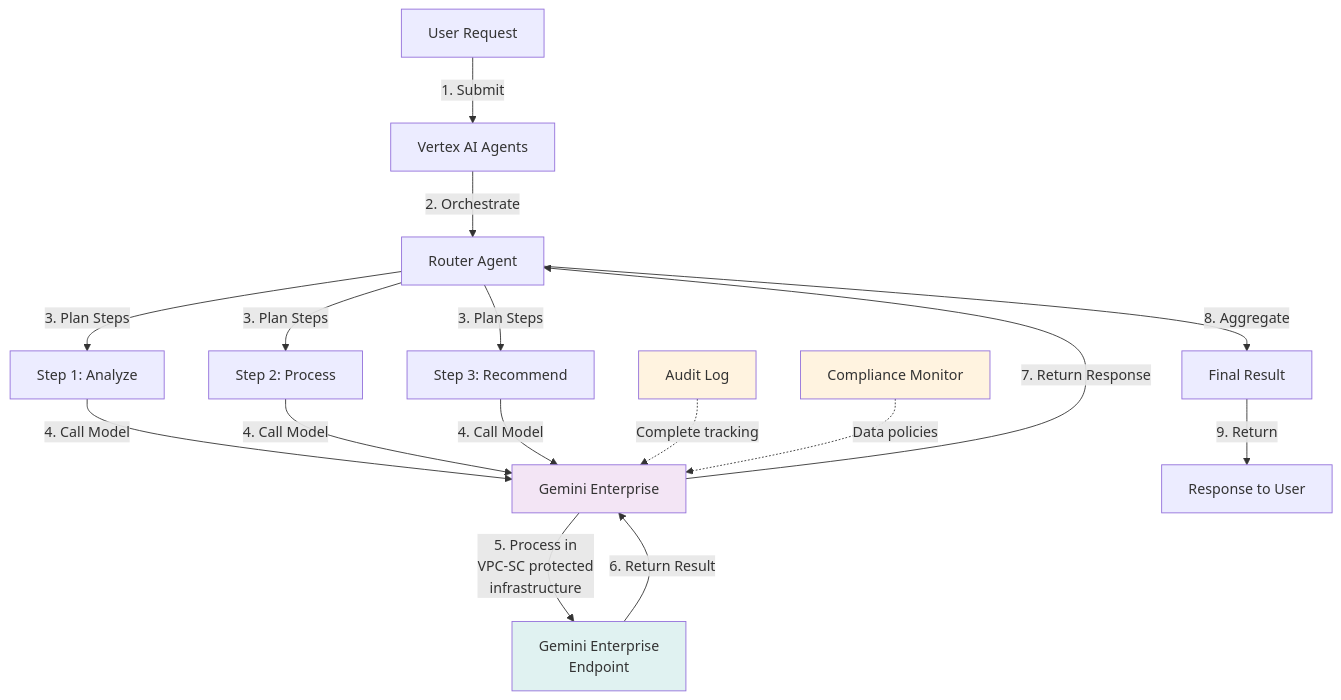
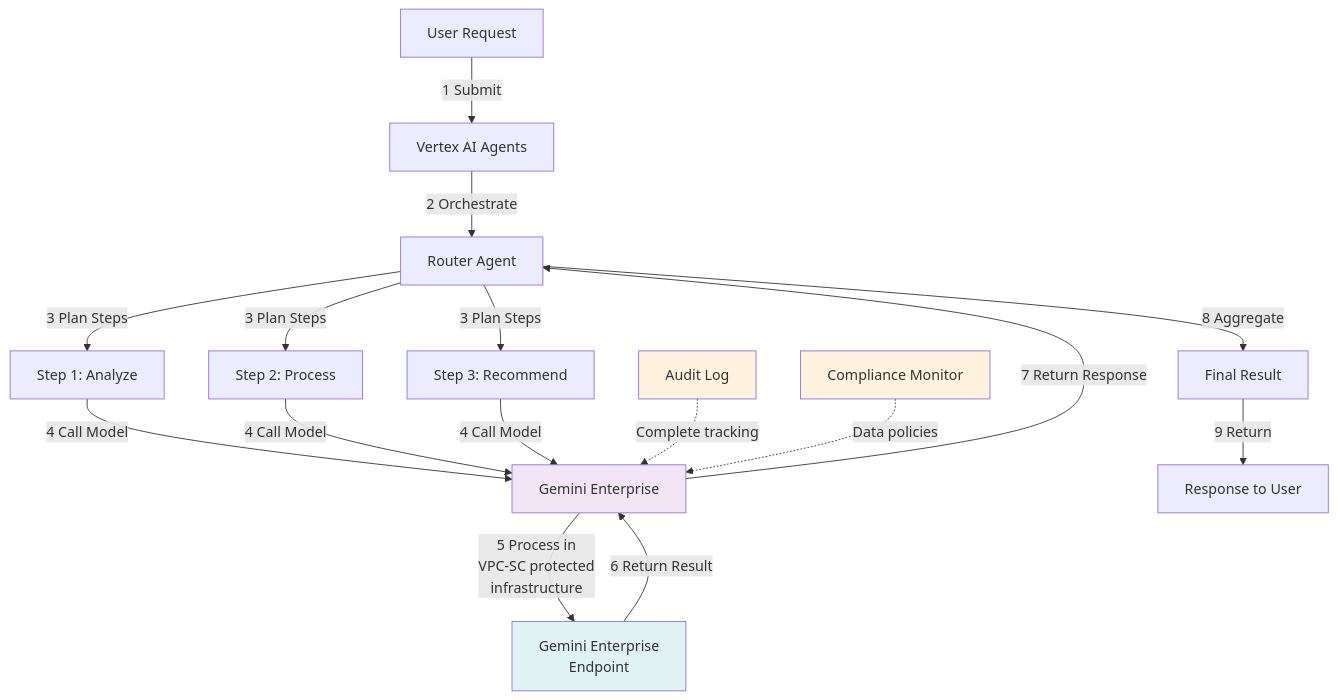
One commit to raphaelmansuy/adk_training changed the sixth of 7 diagrams in docs/blog/2025-10-21-gemini-enterprise.md. Above: the diagram before and after it, drawn with Mermaid. The commit also changed other lines of this file and 2 other files, not shown here.

Commit message:
fix(blog): Integrate official Gemini Enterprise portal screenshot and correct framework compatibility claims

````diff
--- a/docs/blog/2025-10-21-gemini-enterprise.md
+++ b/docs/blog/2025-10-21-gemini-enterprise.md
@@ -607,28 +617,28 @@
 ```mermaid
 graph TB
-    A["User Request"] -->|1. Submit| B["Vertex AI Agents"]
-    B -->|2. Orchestrate| C["Router Agent"]
+    A["User Request"] -->|1 Submit| B["Vertex AI Agents"]
+    B -->|2 Orchestrate| C["Router Agent"]
 
-    C -->|3. Plan Steps| D["Step 1: Analyze"]
-    C -->|3. Plan Steps| E["Step 2: Process"]
-    C -->|3. Plan Steps| F["Step 3: Recommend"]
+    C -->|3 Plan Steps| D["Step 1: Analyze"]
+    C -->|3 Plan Steps| E["Step 2: Process"]
+    C -->|3 Plan Steps| F["Step 3: Recommend"]
 
-    D -->|4. Call Model| G["Gemini Enterprise"]
-    E -->|4. Call Model| G
-    F -->|4. Call Model| G
+    D -->|4 Call Model| G["Gemini Enterprise"]
+    E -->|4 Call Model| G
+    F -->|4 Call Model| G
 
-    G -->|5. Process in\nVPC-SC protected\ninfrastructure| H["Gemini Enterprise\nEndpoint"]
-    H -->|6. Return Result| G
+    G -->|5 Process in\nVPC-SC protected\ninfrastructure| H["Gemini Enterprise\nEndpoint"]
+    H -->|6 Return Result| G
 
-    G -->|7. Return Response| C
-    C -->|8. Aggregate| I["Final Result"]
-    I -->|9. Return| J["Response to User"]
+    G -->|7 Return Response| C
+    C -->|8 Aggregate| I["Final Result"]
+    I -->|9 Return| J["Response to User"]
 
     K["Audit Log"] -.->|Complete tracking| G
     L["Compliance Monitor"] -.->|Data policies| G
 
     style G fill:#f3e5f5
     style H fill:#e0f2f1
     style K fill:#fff3e0
     style L fill:#fff3e0
 ```
````
